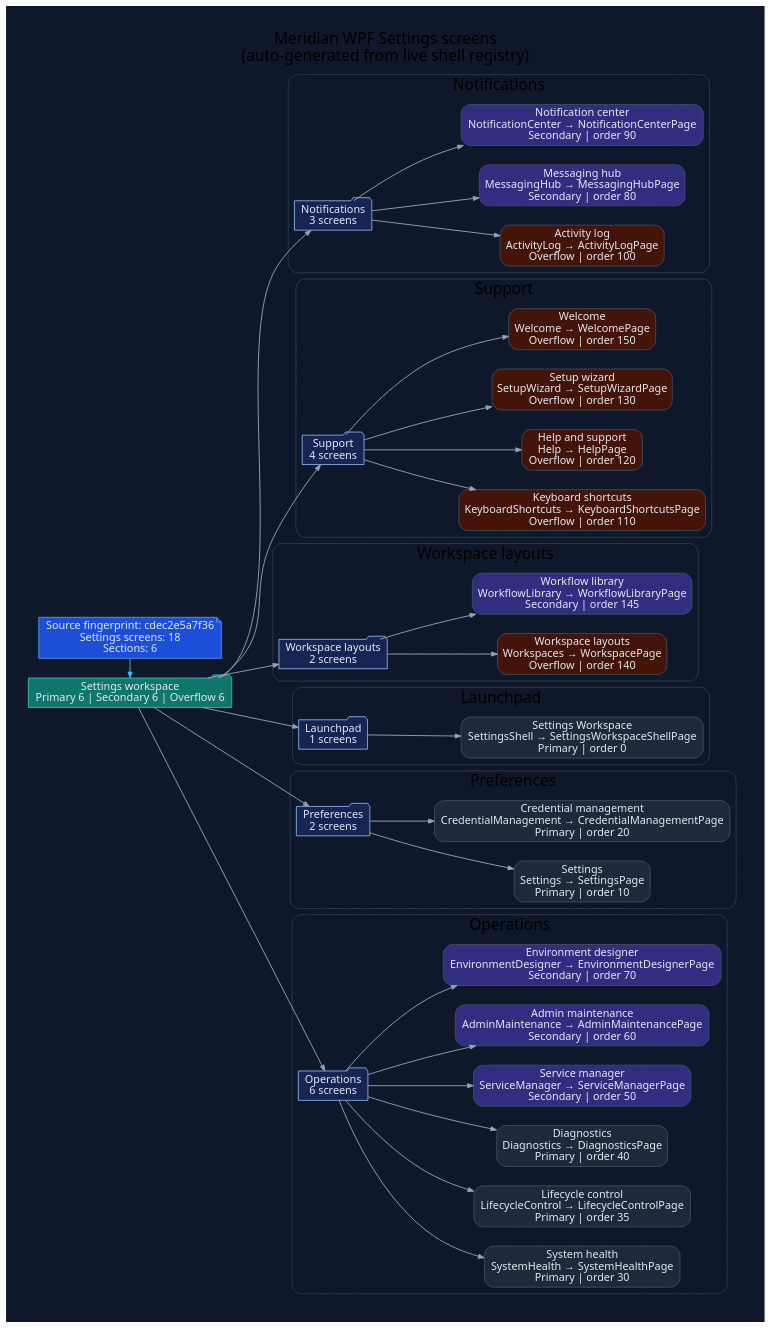
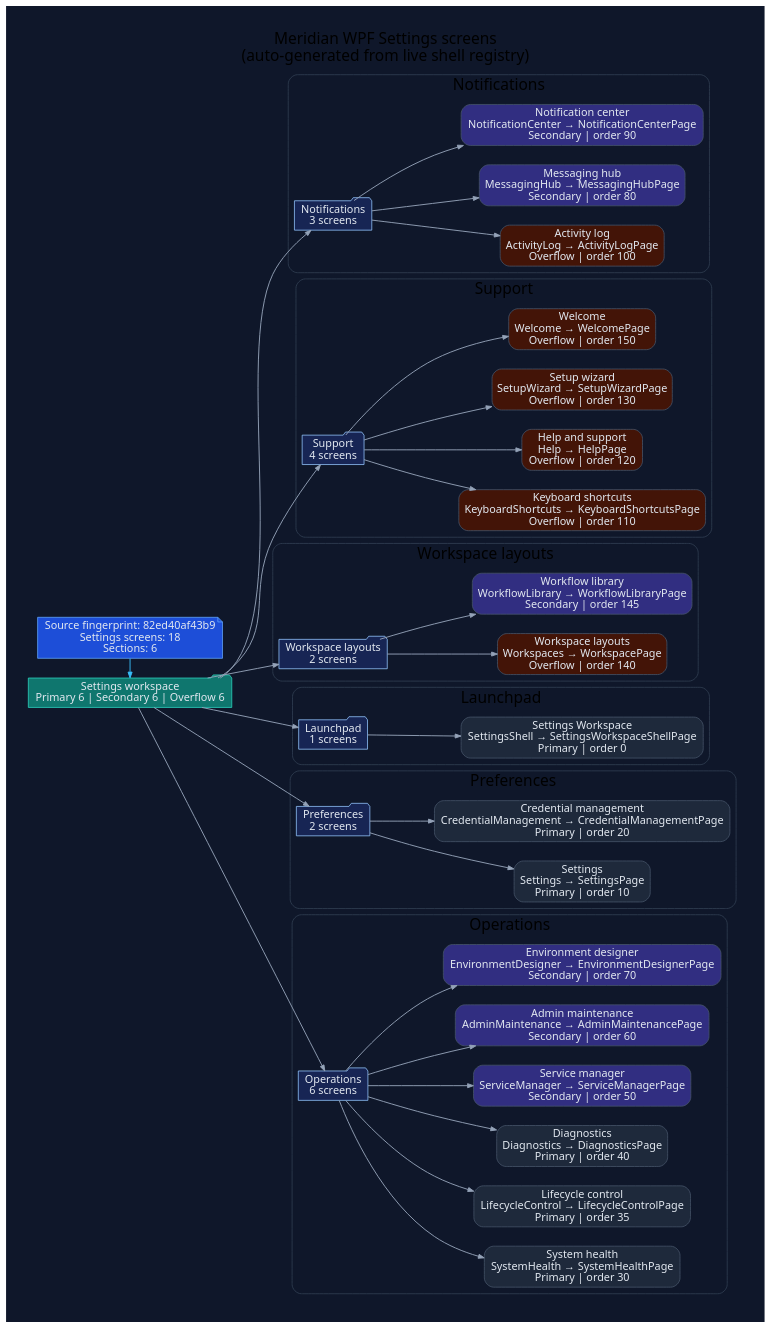
Before and after one commit to rodoHasArrived/Meridian-main: the diagram in docs/diagrams/ui/ui-wpf-screens-settings.dot, drawn with Graphviz. The commit also changed 49 other files, not shown here.

Commit message:
Refresh generated API coverage and workstation diagrams

```diff
--- a/docs/diagrams/ui/ui-wpf-screens-settings.dot
+++ b/docs/diagrams/ui/ui-wpf-screens-settings.dot
@@ -1,110 +1,110 @@
 // -----------------------------------------------------------------------------
 // <auto-generated>
 // Generated by scripts/generate-diagrams.mjs.
 // Do not edit this file directly; update the WPF source files instead.
 // -----------------------------------------------------------------------------
 digraph WpfSettingsScreens {
   graph [
     rankdir=LR,
     labelloc=t,
     label="Meridian WPF Settings screens\n(auto-generated from live shell registry)",
     fontname="Segoe UI",
     fontsize=20,
     pad=0.4,
     nodesep=0.35,
     ranksep=0.85,
     bgcolor="#0f172a"
   ];
   node [fontname="Segoe UI", shape=box, style="rounded,filled", color="#475569", fontcolor="#e2e8f0", fillcolor="#1e293b"];
   edge [fontname="Segoe UI", color="#94a3b8", penwidth=1.2, arrowsize=0.75];
 
-  generated [shape=note, fillcolor="#1d4ed8", color="#60a5fa", label="Source fingerprint: cdec2e5a7f36\nSettings screens: 18\nSections: 6"];
+  generated [shape=note, fillcolor="#1d4ed8", color="#60a5fa", label="Source fingerprint: 82ed40af43b9\nSettings screens: 18\nSections: 6"];
   workspace [shape=folder, fillcolor="#0f766e", color="#2dd4bf", label="Settings workspace\nPrimary 6 | Secondary 6 | Overflow 6"];
   generated -> workspace [color="#38bdf8"];
 
   subgraph cluster_section_1 {
     label="Notifications";
     color="#334155";
     style="rounded";
     section_1 [shape=folder, fillcolor="#172554", color="#93c5fd", label="Notifications\n3 screens"];
     workspace -> section_1;
     screen_ActivityLog [fillcolor="#431407", label="Activity log\nActivityLog → ActivityLogPage\nOverflow | order 100"];
     section_1 -> screen_ActivityLog;
     screen_MessagingHub [fillcolor="#312e81", label="Messaging hub\nMessagingHub → MessagingHubPage\nSecondary | order 80"];
     section_1 -> screen_MessagingHub;
     screen_NotificationCenter [fillcolor="#312e81", label="Notification center\nNotificationCenter → NotificationCenterPage\nSecondary | order 90"];
     section_1 -> screen_NotificationCenter;
   }
 
   subgraph cluster_section_2 {
     label="Support";
     color="#334155";
     style="rounded";
     section_2 [shape=folder, fillcolor="#172554", color="#93c5fd", label="Support\n4 screens"];
     workspace -> section_2;
     screen_KeyboardShortcuts [fillcolor="#431407", label="Keyboard shortcuts\nKeyboardShortcuts → KeyboardShortcutsPage\nOverflow | order 110"];
     section_2 -> screen_KeyboardShortcuts;
     screen_Help [fillcolor="#431407", label="Help and support\nHelp → HelpPage\nOverflow | order 120"];
     section_2 -> screen_Help;
     screen_SetupWizard [fillcolor="#431407", label="Setup wizard\nSetupWizard → SetupWizardPage\nOverflow | order 130"];
     section_2 -> screen_SetupWizard;
     screen_Welcome [fillcolor="#431407", label="Welcome\nWelcome → WelcomePage\nOverflow | order 150"];
     section_2 -> screen_Welcome;
   }
 
   subgraph cluster_section_3 {
     label="Workspace layouts";
     color="#334155";
     style="rounded";
     section_3 [shape=folder, fillcolor="#172554", color="#93c5fd", label="Workspace layouts\n2 screens"];
     workspace -> section_3;
     screen_Workspaces [fillcolor="#431407", label="Workspace layouts\nWorkspaces → WorkspacePage\nOverflow | order 140"];
     section_3 -> screen_Workspaces;
     screen_WorkflowLibrary [fillcolor="#312e81", label="Workflow library\nWorkflowLibrary → WorkflowLibraryPage\nSecondary | order 145"];
     section_3 -> screen_WorkflowLibrary;
   }
 
   subgraph cluster_section_4 {
     label="Launchpad";
     color="#334155";
     style="rounded";
     section_4 [shape=folder, fillcolor="#172554", color="#93c5fd", label="Launchpad\n1 screens"];
     workspace -> section_4;
     screen_SettingsShell [fillcolor="#1e293b", label="Settings Workspace\nSettingsShell → SettingsWorkspaceShellPage\nPrimary | order 0"];
     section_4 -> screen_SettingsShell;
   }
 
   subgraph cluster_section_5 {
     label="Preferences";
     color="#334155";
     style="rounded";
     section_5 [shape=folder, fillcolor="#172554", color="#93c5fd", label="Preferences\n2 screens"];
     workspace -> section_5;
     screen_Settings [fillcolor="#1e293b", label="Settings\nSettings → SettingsPage\nPrimary | order 10"];
     section_5 -> screen_Settings;
     screen_CredentialManagement [fillcolor="#1e293b", label="Credential management\nCredentialManagement → CredentialManagementPage\nPrimary | order 20"];
     section_5 -> screen_CredentialManagement;
   }
 
   subgraph cluster_section_6 {
     label="Operations";
     color="#334155";
     style="rounded";
     section_6 [shape=folder, fillcolor="#172554", color="#93c5fd", label="Operations\n6 screens"];
     workspace -> section_6;
     screen_SystemHealth [fillcolor="#1e293b", label="System health\nSystemHealth → SystemHealthPage\nPrimary | order 30"];
     section_6 -> screen_SystemHealth;
     screen_LifecycleControl [fillcolor="#1e293b", label="Lifecycle control\nLifecycleControl → LifecycleControlPage\nPrimary | order 35"];
     section_6 -> screen_LifecycleControl;
     screen_Diagnostics [fillcolor="#1e293b", label="Diagnostics\nDiagnostics → DiagnosticsPage\nPrimary | order 40"];
     section_6 -> screen_Diagnostics;
     screen_ServiceManager [fillcolor="#312e81", label="Service manager\nServiceManager → ServiceManagerPage\nSecondary | order 50"];
     section_6 -> screen_ServiceManager;
     screen_AdminMaintenance [fillcolor="#312e81", label="Admin maintenance\nAdminMaintenance → AdminMaintenancePage\nSecondary | order 60"];
     section_6 -> screen_AdminMaintenance;
     screen_EnvironmentDesigner [fillcolor="#312e81", label="Environment designer\nEnvironmentDesigner → EnvironmentDesignerPage\nSecondary | order 70"];
     section_6 -> screen_EnvironmentDesigner;
   }
 
   { rank=min; generated; workspace; }
 }
```
